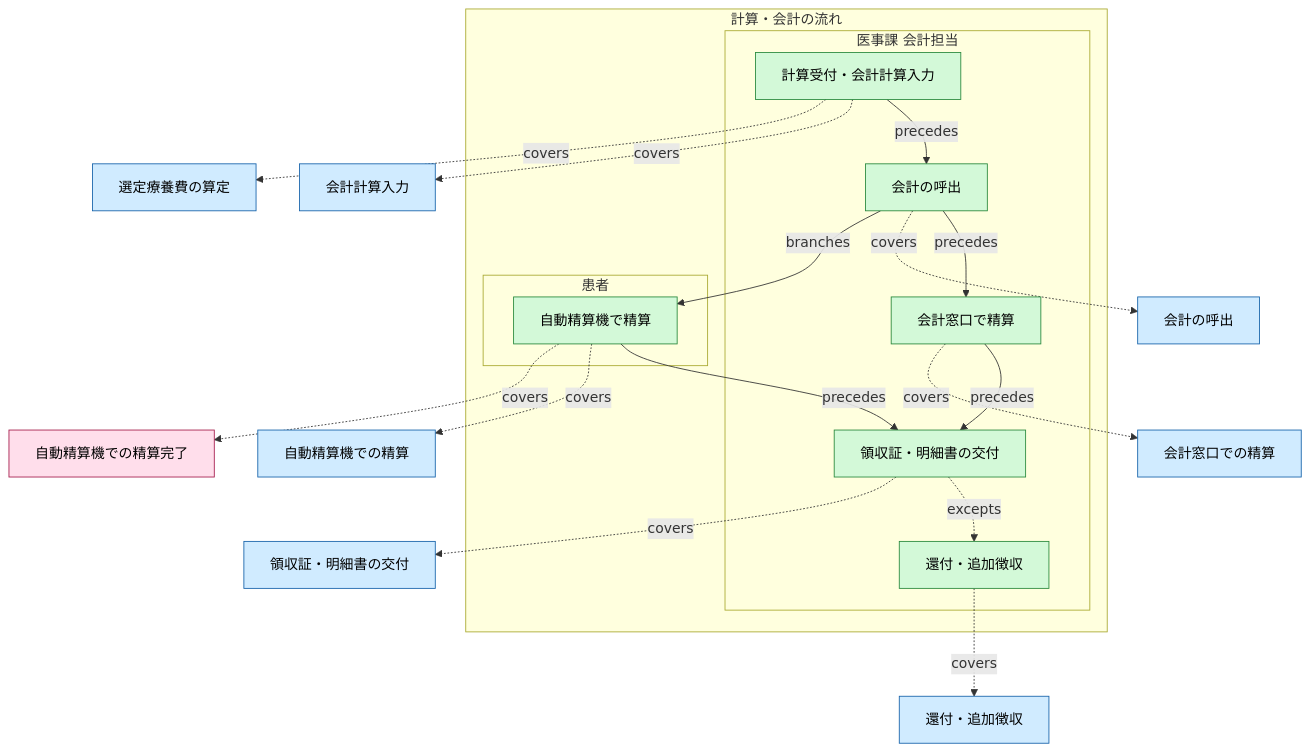
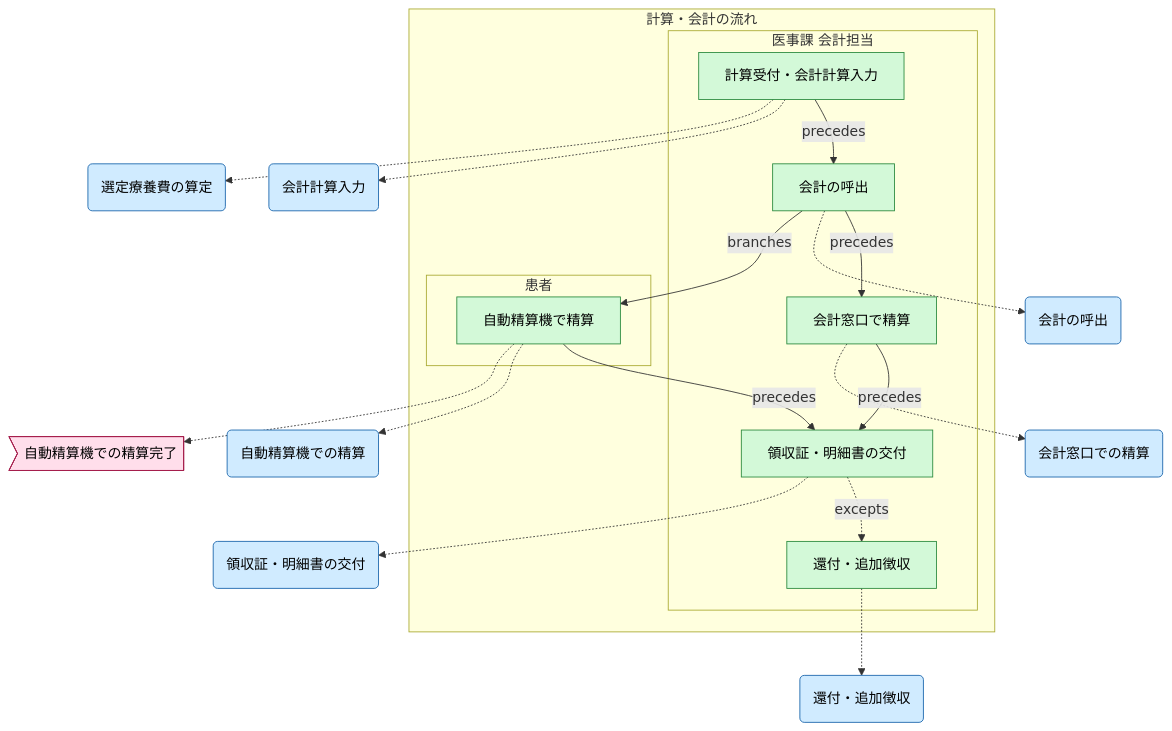
The tenth of 12 diagrams in samples/clinic-ops/prd.md (manji-0/rdra-ish-dsl), drawn with Mermaid before and after one commit. The commit also changed other lines of this file and 95 other files, not shown here.

````diff
--- a/samples/clinic-ops/prd.md
+++ b/samples/clinic-ops/prd.md
@@ -774,54 +774,54 @@
 ```mermaid
 %% rdra-ish diagram=flow scope=buc:BucVisitPayment model=samples/clinic-ops
 %% kinds: flow step lane usecase event
 %% omitted: buc
 flowchart TD
   subgraph flow__VisitPaymentFlow["計算・会計の流れ"]
     subgraph lane__VisitPaymentFlow__AccountsClerk["医事課 会計担当"]
       %% lane lane__VisitPaymentFlow__AccountsClerk: actor__AccountsClerk
       step__CalculationStep["計算受付・会計計算入力"]:::step
       step__CallStep["会計の呼出"]:::step
       step__ReceiptStep["領収証・明細書の交付"]:::step
       step__RefundStep["還付・追加徴収"]:::step
       step__WindowStep["会計窓口で精算"]:::step
     end
     subgraph lane__VisitPaymentFlow__Patient["患者"]
       %% lane lane__VisitPaymentFlow__Patient: actor__Patient
       step__KioskStep["自動精算機で精算"]:::step
     end
   end
-  usecase__ApplySelectedTreatmentFee["選定療養費の算定"]:::usecase
+  usecase__ApplySelectedTreatmentFee("選定療養費の算定"):::usecase
   %% desc usecase__ApplySelectedTreatmentFee: 紹介状なし初診だけに選定療養費の Charge を作る。
-  usecase__CalculateVisitBill["会計計算入力"]:::usecase
+  usecase__CalculateVisitBill("会計計算入力"):::usecase
   %% desc usecase__CalculateVisitBill: 会計計算入力で予約を会計待ちにする。
-  usecase__CallPatientForPayment["会計の呼出"]:::usecase
+  usecase__CallPatientForPayment("会計の呼出"):::usecase
   %% desc usecase__CallPatientForPayment: 会計の呼出（参照のみ）。
-  usecase__IssueReceipt["領収証・明細書の交付"]:::usecase
+  usecase__IssueReceipt("領収証・明細書の交付"):::usecase
   %% desc usecase__IssueReceipt: 領収証・明細書の交付で予約を完了にする。
-  usecase__RefundPayment["還付・追加徴収"]:::usecase
+  usecase__RefundPayment("還付・追加徴収"):::usecase
   %% desc usecase__RefundPayment: 保険の変更や計算誤りによる還付・追加徴収で精算を還付済にする。
-  usecase__SettleAtKiosk["自動精算機での精算"]:::usecase
+  usecase__SettleAtKiosk("自動精算機での精算"):::usecase
   %% desc usecase__SettleAtKiosk: 自動精算機での精算。
-  usecase__SettleAtWindow["会計窓口での精算"]:::usecase
+  usecase__SettleAtWindow("会計窓口での精算"):::usecase
   %% desc usecase__SettleAtWindow: 会計窓口での精算。
-  event__EvPaymentSettled["自動精算機での精算完了"]:::event
-  step__CalculationStep -.->|covers| usecase__ApplySelectedTreatmentFee
-  step__CalculationStep -.->|covers| usecase__CalculateVisitBill
+  event__EvPaymentSettled>"自動精算機での精算完了"]:::event
+  step__CalculationStep -.-> usecase__ApplySelectedTreatmentFee
+  step__CalculationStep -.-> usecase__CalculateVisitBill
   step__CalculationStep -->|precedes| step__CallStep
   step__CallStep -->|branches| step__KioskStep
-  step__CallStep -.->|covers| usecase__CallPatientForPayment
+  step__CallStep -.-> usecase__CallPatientForPayment
   step__CallStep -->|precedes| step__WindowStep
-  step__KioskStep -.->|covers| event__EvPaymentSettled
-  step__KioskStep -.->|covers| usecase__SettleAtKiosk
+  step__KioskStep -.-> event__EvPaymentSettled
+  step__KioskStep -.-> usecase__SettleAtKiosk
   step__KioskStep -->|precedes| step__ReceiptStep
-  step__ReceiptStep -.->|covers| usecase__IssueReceipt
+  step__ReceiptStep -.-> usecase__IssueReceipt
   step__ReceiptStep -.->|excepts| step__RefundStep
-  step__RefundStep -.->|covers| usecase__RefundPayment
-  step__WindowStep -.->|covers| usecase__SettleAtWindow
+  step__RefundStep -.-> usecase__RefundPayment
+  step__WindowStep -.-> usecase__SettleAtWindow
   step__WindowStep -->|precedes| step__ReceiptStep
   classDef flow fill:#d3f9d8,stroke:#2b8a3e,color:#000;
   classDef step fill:#d3f9d8,stroke:#2b8a3e,color:#000;
   classDef lane fill:#d3f9d8,stroke:#2b8a3e,color:#000;
   classDef usecase fill:#d0ebff,stroke:#1864ab,color:#000;
   classDef event fill:#ffdeeb,stroke:#a61e4d,color:#000;
 ```
````
